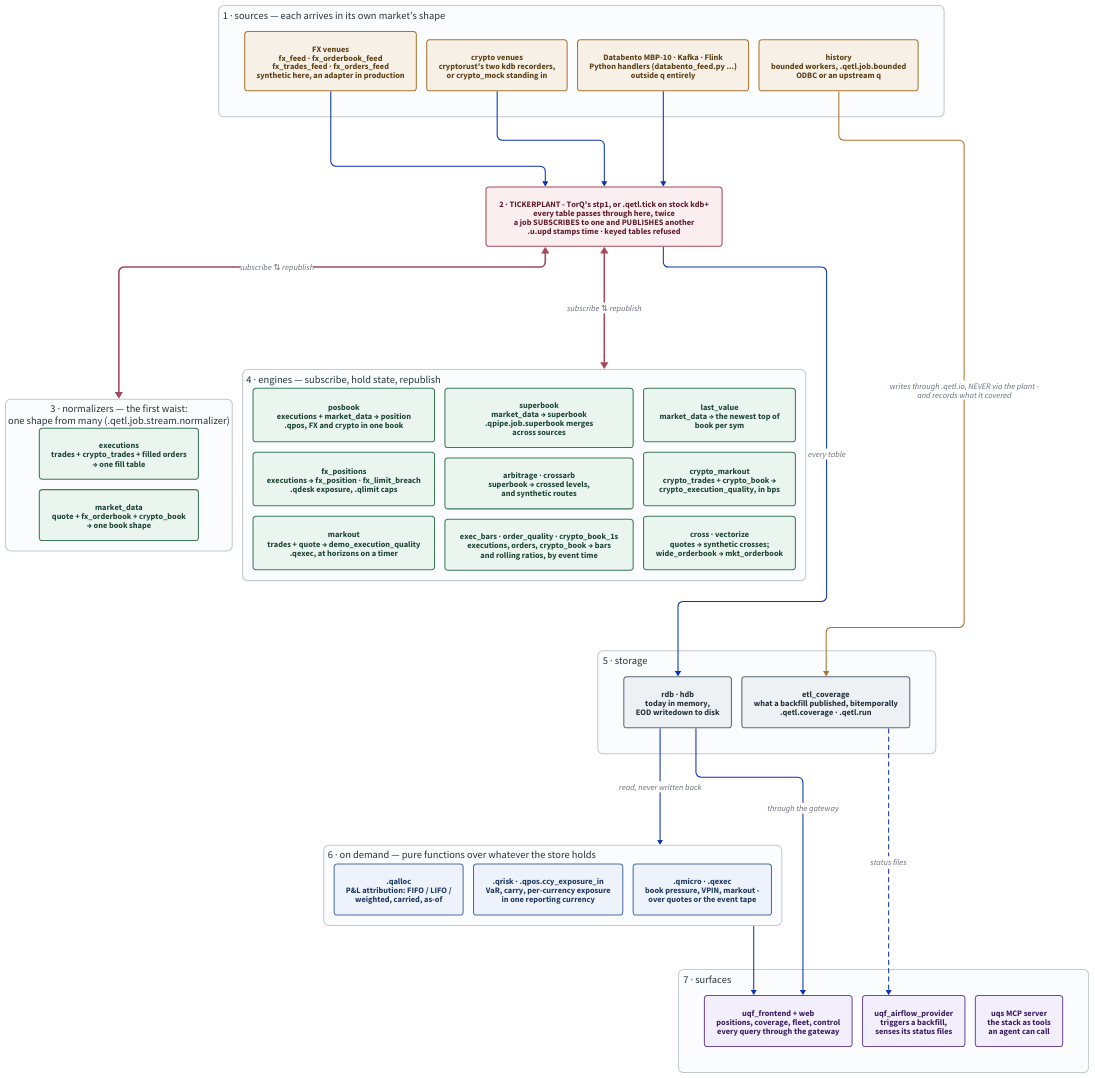
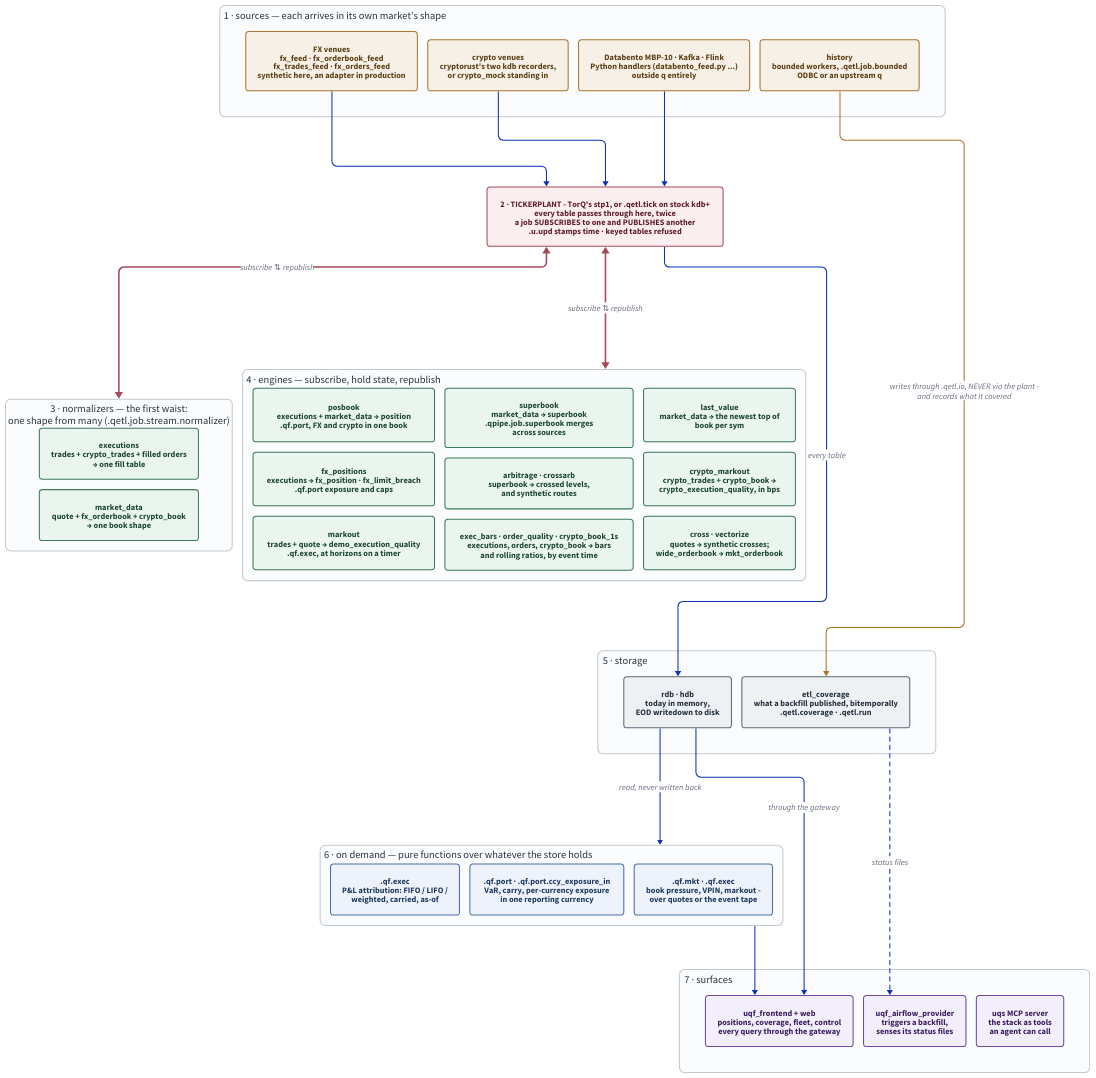
Before and after one commit to kwojdalski/uqf: the diagram in docs/diagrams/pipeline-architecture-example.d2, drawn with D2. The commit also changed 199 other files, not shown here.

```diff
--- a/docs/diagrams/pipeline-architecture-example.d2
+++ b/docs/diagrams/pipeline-architecture-example.d2
@@ -141,9 +141,9 @@
   grid-columns: 3
   grid-gap: 20
 
-  posbook: "posbook\nexecutions + market_data → position\n.qpos, FX and crypto in one book" { class: job }
-  fxpos: "fx_positions\nexecutions → fx_position · fx_limit_breach\n.qdesk exposure, .qlimit caps" { class: job }
-  markout: "markout\ntrades + quote → demo_execution_quality\n.qexec, at horizons on a timer" { class: job }
+  posbook: "posbook\nexecutions + market_data → position\n.qf.port, FX and crypto in one book" { class: job }
+  fxpos: "fx_positions\nexecutions → fx_position · fx_limit_breach\n.qf.port exposure and caps" { class: job }
+  markout: "markout\ntrades + quote → demo_execution_quality\n.qf.exec, at horizons on a timer" { class: job }
   superbook: "superbook\nmarket_data → superbook\n.qpipe.job.superbook merges\nacross sources" { class: job }
   arb: "arbitrage · crossarb\nsuperbook → crossed levels,\nand synthetic routes" { class: job }
   windows: "exec_bars · order_quality · crypto_book_1s\nexecutions, orders, crypto_book → bars\nand rolling ratios, by event time" { class: job }
@@ -164,9 +164,9 @@
   grid-columns: 3
   grid-gap: 20
 
-  alloc: ".qalloc\nP&L attribution: FIFO / LIFO /\nweighted, carried, as-of" { class: library }
-  risk: ".qrisk · .qpos.ccy_exposure_in\nVaR, carry, per-currency exposure\nin one reporting currency" { class: library }
-  micro: ".qmicro · .qexec\nbook pressure, VPIN, markout -\nover quotes or the event tape" { class: library }
+  alloc: ".qf.exec\nP&L attribution: FIFO / LIFO /\nweighted, carried, as-of" { class: library }
+  risk: ".qf.port · .qf.port.ccy_exposure_in\nVaR, carry, per-currency exposure\nin one reporting currency" { class: library }
+  micro: ".qf.mkt · .qf.exec\nbook pressure, VPIN, markout -\nover quotes or the event tape" { class: library }
 }
 
 surfaces: "7 · surfaces" {
```
